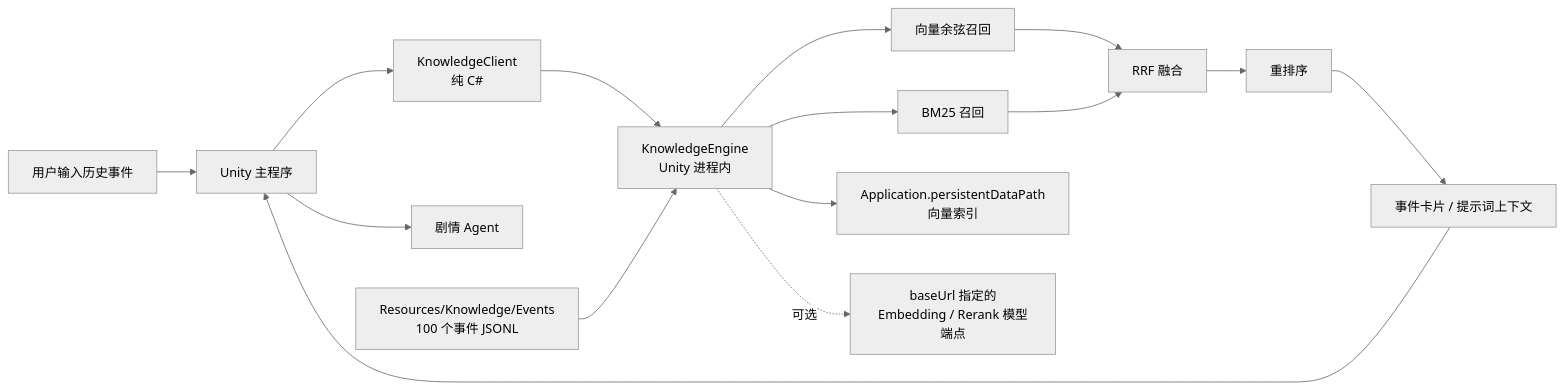
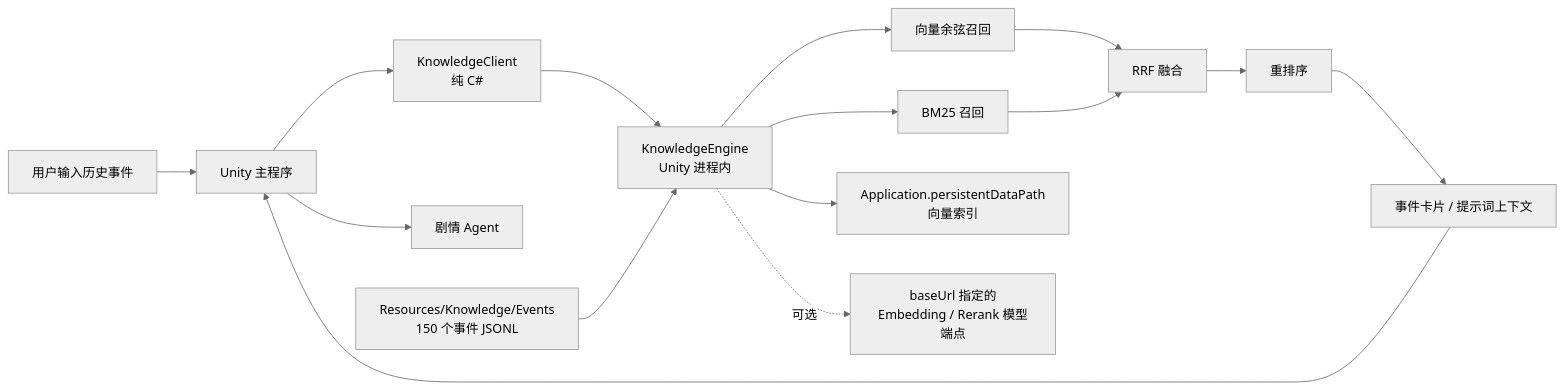
One commit to xinghuocode/epicspark changed the diagram in Docs/KnowledgeRAG.md. Above: the diagram before and after it, drawn with Mermaid (neutral theme). The commit also changed other lines of this file and 6 other files, not shown here.

````diff
--- a/Docs/KnowledgeRAG.md
+++ b/Docs/KnowledgeRAG.md
@@ -8,17 +8,17 @@
 ```mermaid
 flowchart LR
     U[用户输入历史事件] --> S[Unity 主程序]
     S --> C[KnowledgeClient<br/>纯 C#]
     C --> E[KnowledgeEngine<br/>Unity 进程内]
     E --> R1[向量余弦召回]
     E --> R2[BM25 召回]
     R1 --> F[RRF 融合]
     R2 --> F
     F --> RR[重排序]
     RR --> CX[事件卡片 / 提示词上下文]
     CX --> S
     S --> A[剧情 Agent]
-    D[Resources/Knowledge/Events<br/>100 个事件 JSONL] --> E
+    D[Resources/Knowledge/Events<br/>150 个事件 JSONL] --> E
     E --> IDX[Application.persistentDataPath<br/>向量索引]
     E -.可选.-> M[baseUrl 指定的<br/>Embedding / Rerank 模型端点]
 ```
````
